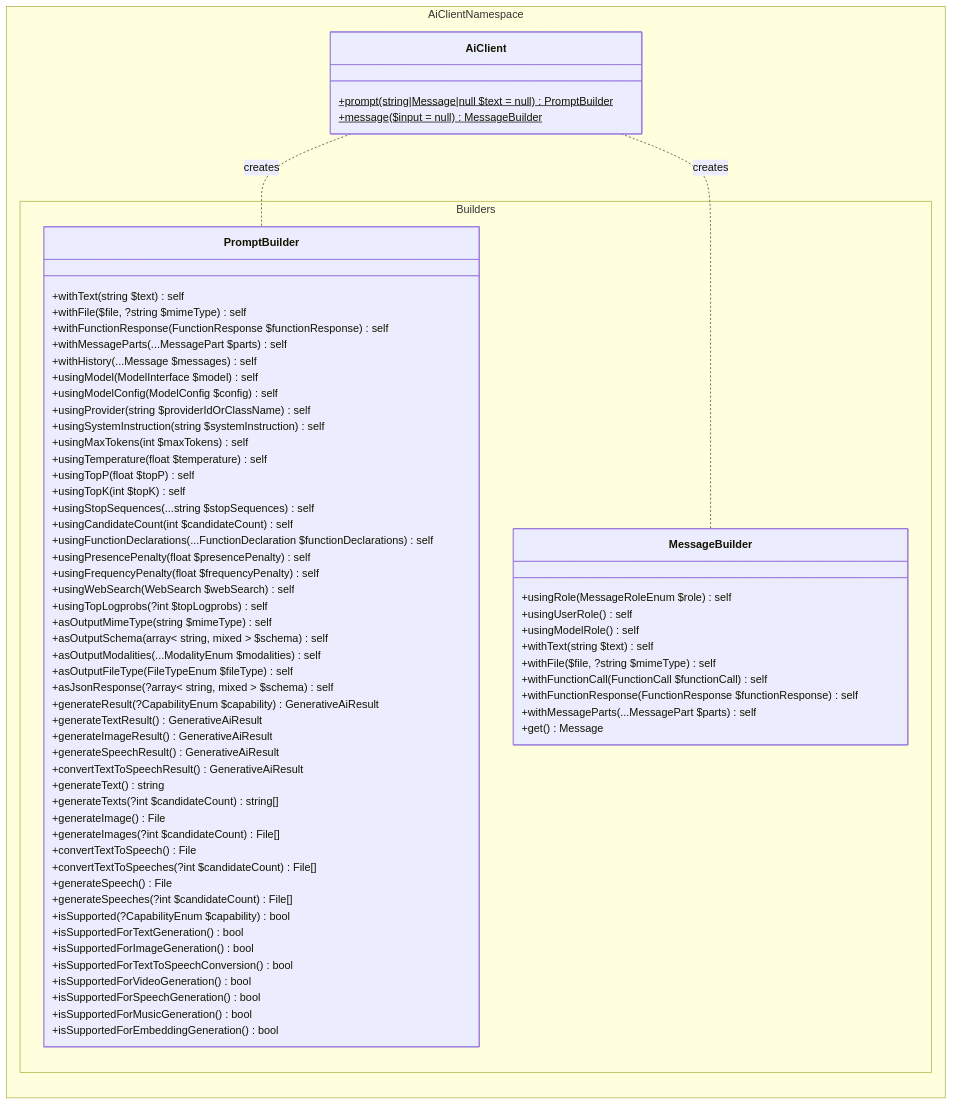
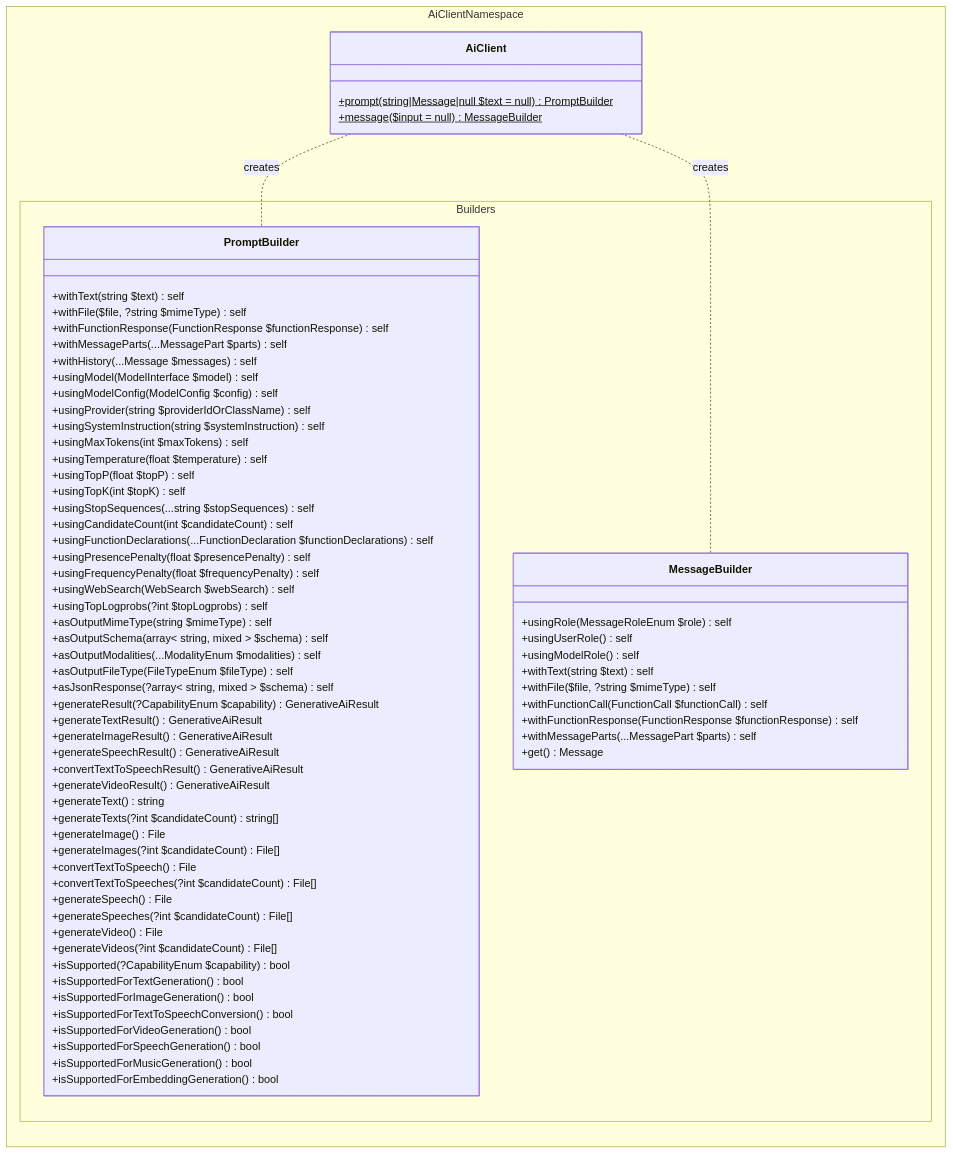
One commit to WordPress/php-ai-client changed the first of 6 diagrams in docs/ARCHITECTURE.md. Above: the diagram before and after it, drawn with Mermaid. The commit also changed other lines of this file and 7 other files, not shown here.

```diff
--- a/docs/ARCHITECTURE.md
+++ b/docs/ARCHITECTURE.md
@@ -350,6 +350,7 @@
             +generateImageResult() GenerativeAiResult
             +generateSpeechResult() GenerativeAiResult
             +convertTextToSpeechResult() GenerativeAiResult
+            +generateVideoResult() GenerativeAiResult
             +generateText() string
             +generateTexts(?int $candidateCount) string[]
             +generateImage() File
@@ -358,6 +359,8 @@
             +convertTextToSpeeches(?int $candidateCount) File[]
             +generateSpeech() File
             +generateSpeeches(?int $candidateCount) File[]
+            +generateVideo() File
+            +generateVideos(?int $candidateCount) File[]
             +isSupported(?CapabilityEnum $capability) bool
             +isSupportedForTextGeneration() bool
             +isSupportedForImageGeneration() bool
```
